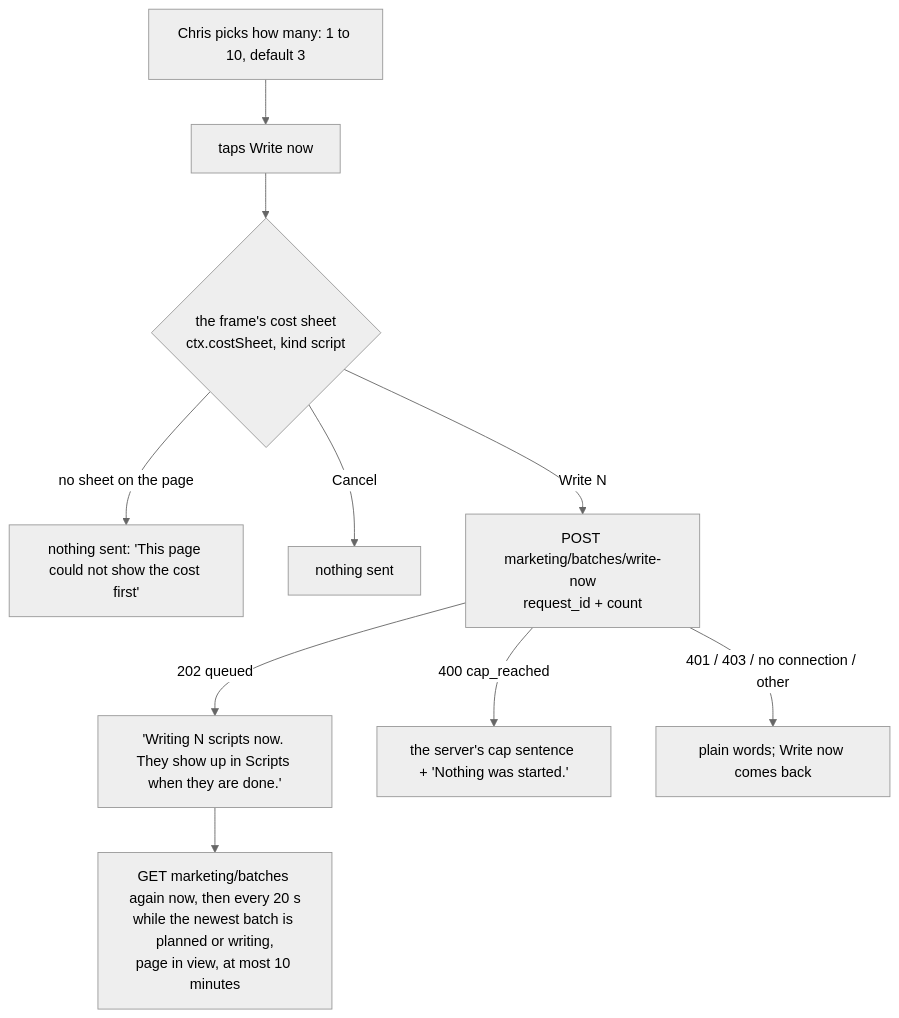
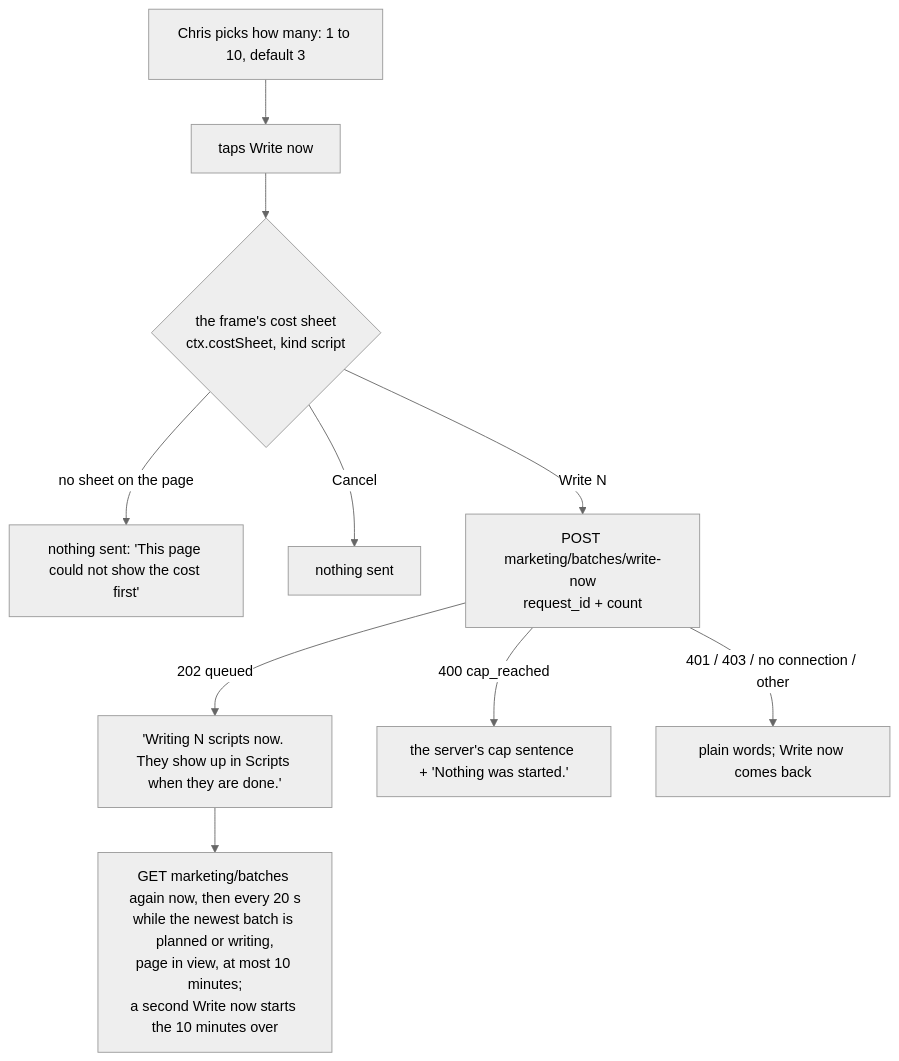
One commit to ZootimusMaximusSupreme/fundhub-platform changed diagram 46 of 48 in docs/journeys/marketing-dashboard-flow.md. Above: the diagram before and after it, drawn with Mermaid (neutral theme). The commit also changed other lines of this file and 3 other files, not shown here.

First line of the commit message:
U37 review fixes: a second Write now gets its own 10-minute watch; the card swap keeps focus and caret

````diff
--- a/docs/journeys/marketing-dashboard-flow.md
+++ b/docs/journeys/marketing-dashboard-flow.md
@@ -1837,12 +1839,12 @@
 ```mermaid
 flowchart TD
   A[Chris picks how many: 1 to 10, default 3] --> B[taps Write now]
   B --> S{the frame's cost sheet<br/>ctx.costSheet, kind script}
   S -->|no sheet on the page| X[nothing sent: 'This page could not show the cost first']
   S -->|Cancel| X2[nothing sent]
   S -->|Write N| P[POST marketing/batches/write-now<br/>request_id + count]
   P -->|202 queued| W["'Writing N scripts now. They show up in Scripts when they are done.'"]
-  W --> R[GET marketing/batches again now, then every 20 s<br/>while the newest batch is planned or writing,<br/>page in view, at most 10 minutes]
+  W --> R[GET marketing/batches again now, then every 20 s<br/>while the newest batch is planned or writing,<br/>page in view, at most 10 minutes;<br/>a second Write now starts the 10 minutes over]
   P -->|400 cap_reached| CR[the server's cap sentence + 'Nothing was started.']
   P -->|401 / 403 / no connection / other| E[plain words; Write now comes back]
 ```
````
